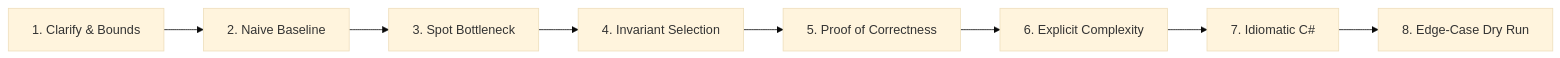
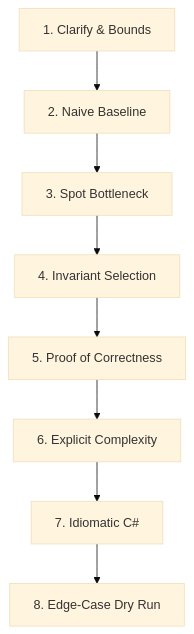
Before and after one commit to dip4k/DSA_102: the diagram in Senior_problem_solution/README.md, drawn with Mermaid (base theme). The commit also changed 191 other files, not shown here.

````diff
--- a/Senior_problem_solution/README.md
+++ b/Senior_problem_solution/README.md
@@ -66,10 +66,10 @@
 ```mermaid
-flowchart LR
+flowchart TD
     S1["1. Clarify & Bounds"] --> S2["2. Naive Baseline"]
     S2 --> S3["3. Spot Bottleneck"]
     S3 --> S4["4. Invariant Selection"]
     S4 --> S5["5. Proof of Correctness"]
     S5 --> S6["6. Explicit Complexity"]
     S6 --> S7["7. Idiomatic C#"]
     S7 --> S8["8. Edge-Case Dry Run"]
 ```
````
